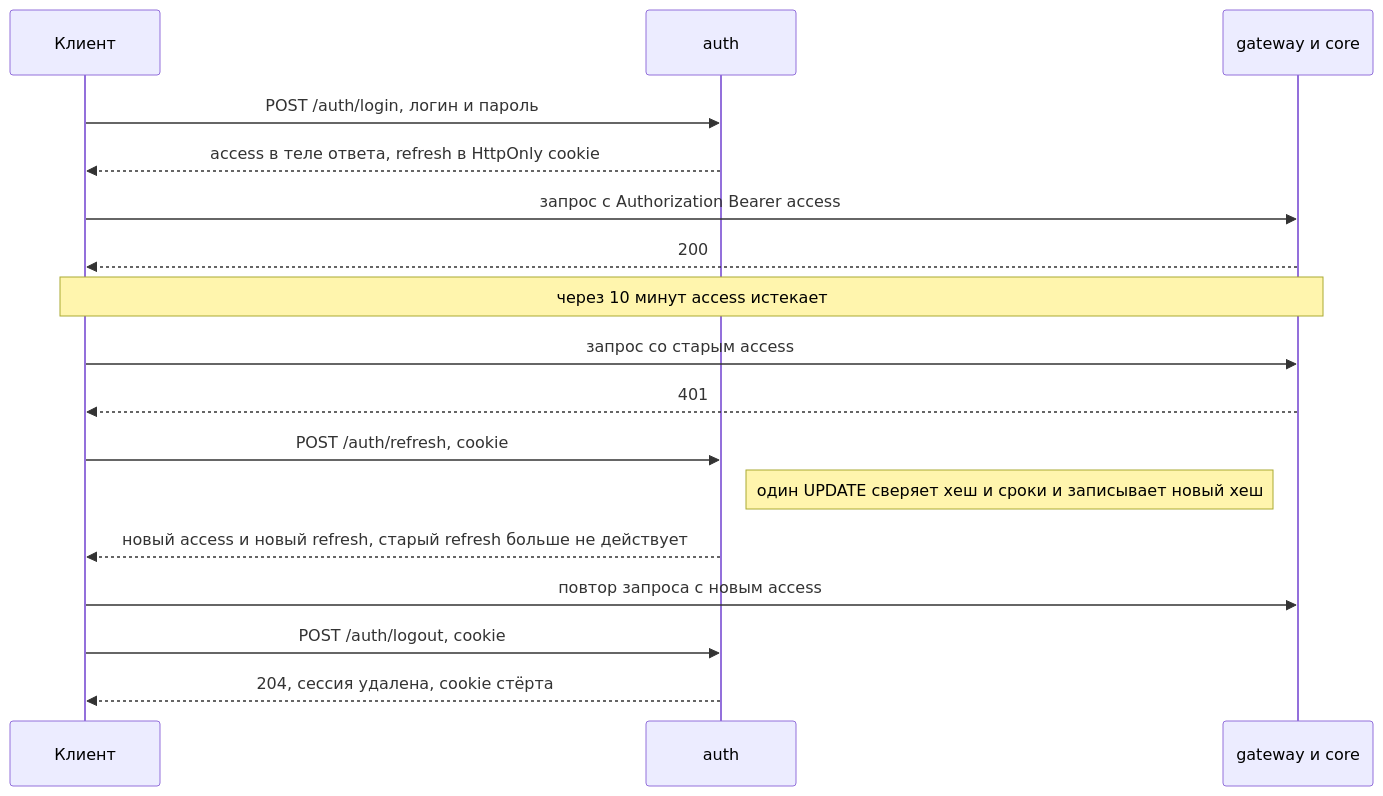
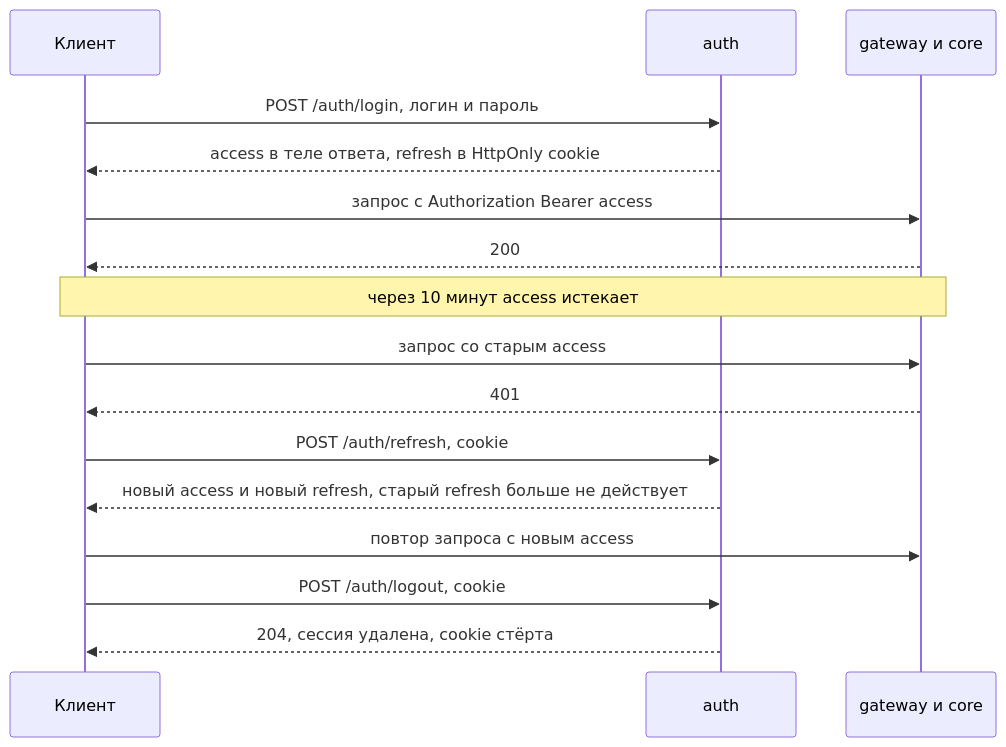
Before and after one commit to lo2s452/Koi-Market: the second of 2 diagrams in README.md, drawn with Mermaid.

````diff
--- a/README.md
+++ b/README.md
@@ -42,20 +42,19 @@
 ```mermaid
 sequenceDiagram
     participant C as Клиент
     participant A as auth
     participant S as gateway и core
 
     C->>A: POST /auth/login, логин и пароль
     A-->>C: access в теле ответа, refresh в HttpOnly cookie
     C->>S: запрос с Authorization Bearer access
     S-->>C: 200
     Note over C,S: через 10 минут access истекает
     C->>S: запрос со старым access
     S-->>C: 401
     C->>A: POST /auth/refresh, cookie
-    Note right of A: один UPDATE сверяет хеш и сроки и записывает новый хеш
     A-->>C: новый access и новый refresh, старый refresh больше не действует
     C->>S: повтор запроса с новым access
     C->>A: POST /auth/logout, cookie
     A-->>C: 204, сессия удалена, cookie стёрта
 ```
````
